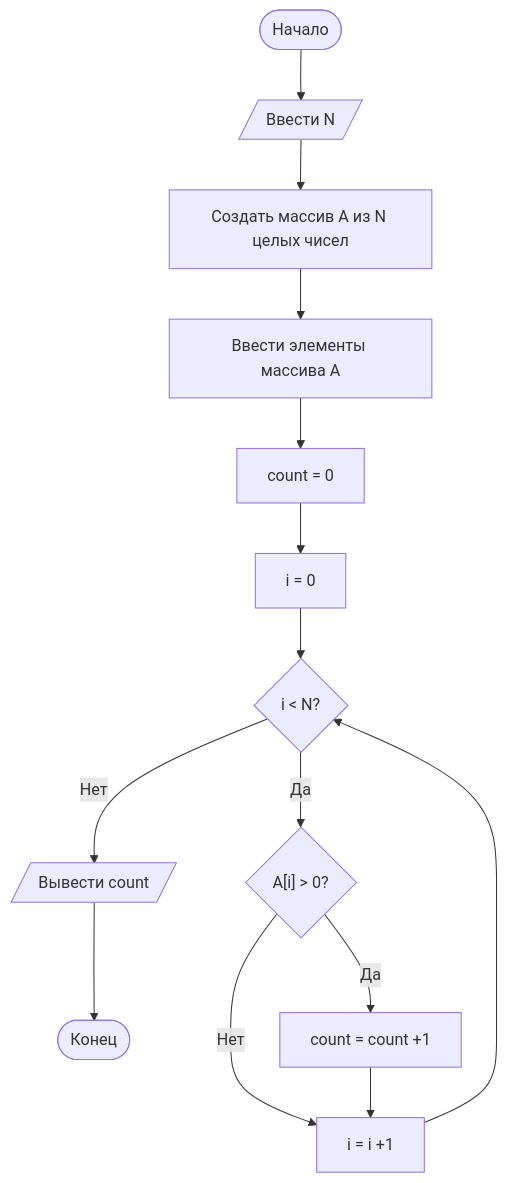
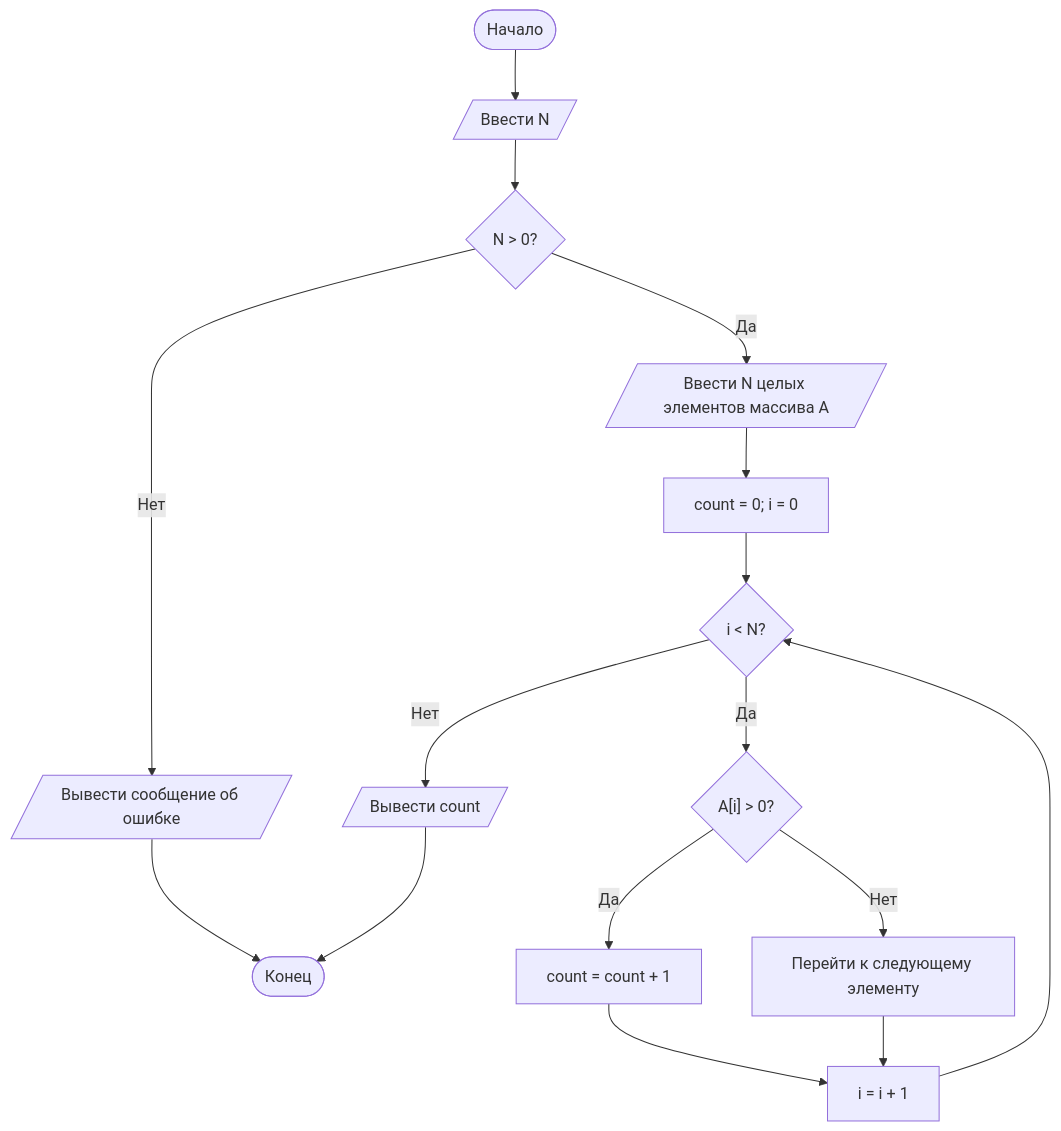
The fourth of 4 diagrams in Отчеты/deadline 1/Отчёт 2 Ибатуллин Денис 324СА.md (aver1x/OAIP), drawn with Mermaid before and after one commit. The commit also changed other lines of this file and 1 other file, not shown here.

````diff
--- a/Отчеты/deadline 1/Отчёт 2 Ибатуллин Денис 324СА.md
+++ b/Отчеты/deadline 1/Отчёт 2 Ибатуллин Денис 324СА.md
@@ -106,29 +76,18 @@
-~~~mermaid
+```mermaid
 flowchart TD
-
-    A([Начало]) --> B[/Ввести N/]
-
-    B --> C[Создать массив A из N целых чисел]
-
-    C --> D[Ввести элементы массива A]
-
-    D --> E[count = 0]
-
-    E --> F[i = 0]
-
-    F -->G{i < N?}
-
-    G -- Нет -->H[/Вывести count/]
-
-    H --> I([Конец])
-
-    G -- Да -->J{"A[i] > 0?"}
-
-    J -- Да --> K[count = count +1]
-
-    J -- Нет --> L[i = i +1]
-
-    K --> L
-
-    L-->G
-~~~
+    A([Начало]) --> B[/Ввести N/]
+    B --> C{"N > 0?"}
+    C -- Нет --> D[/Вывести сообщение об ошибке/]
+    D --> Z([Конец])
+    C -- Да --> E[/Ввести N целых элементов массива A/]
+    E --> F[count = 0; i = 0]
+    F --> G{"i < N?"}
+    G -- Нет --> H[/Вывести count/]
+    H --> Z
+    G -- Да --> I{"A[i] > 0?"}
+    I -- Да --> J[count = count + 1]
+    I -- Нет --> K[Перейти к следующему элементу]
+    J --> L[i = i + 1]
+    K --> L
+    L --> G
+```
````
